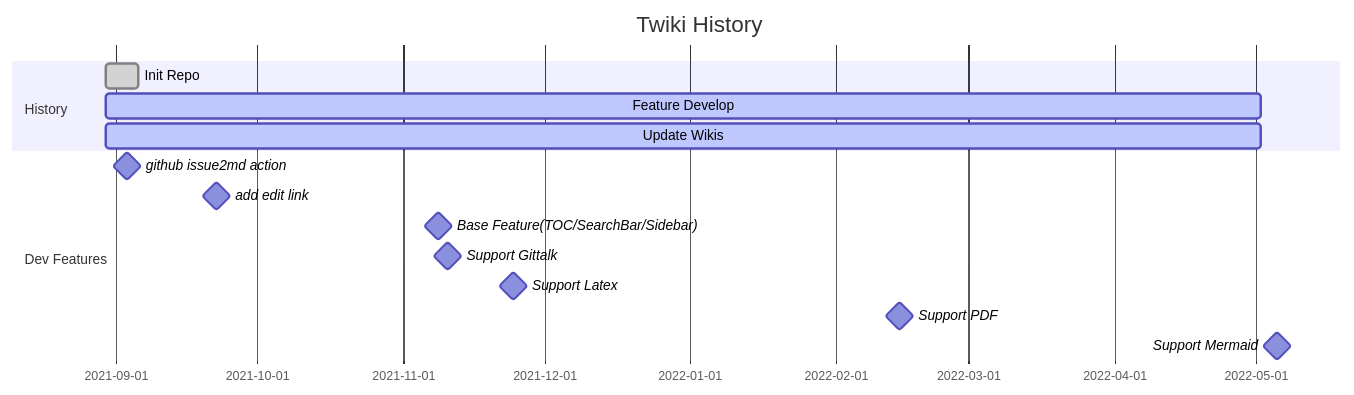
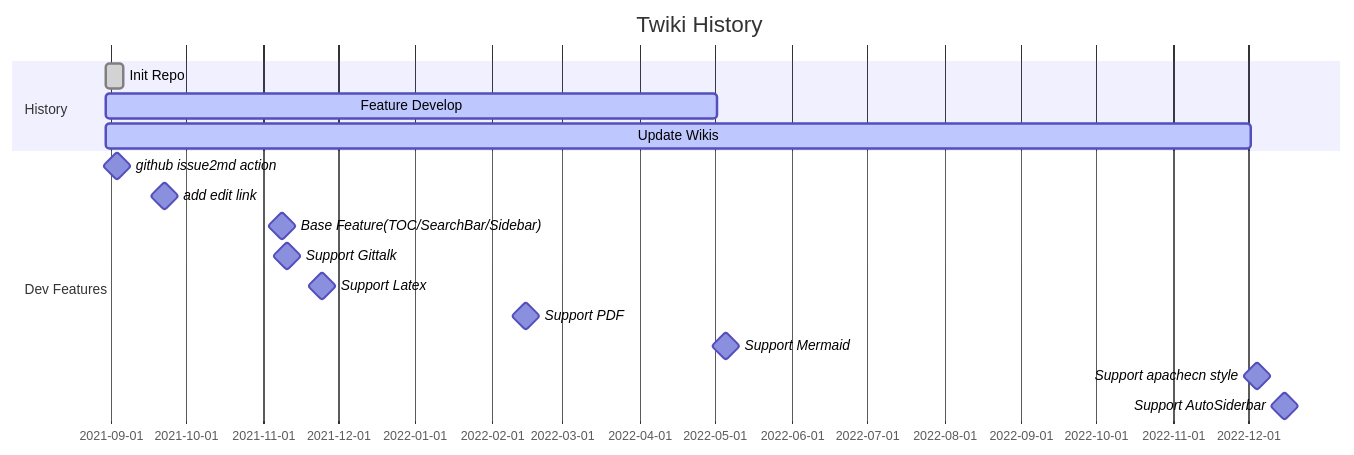
Before and after one commit to junxnone/twiki: the diagram in docs/Features_Mermaid.md, drawn with Mermaid. The commit also changed other lines of this file, not shown here.

````diff
--- a/docs/Features_Mermaid.md
+++ b/docs/Features_Mermaid.md
@@ -36,17 +38,20 @@
 ```mermaid
 gantt
     title Twiki History
     dateFormat  YYYY-MM-DD
     section History
     Init Repo           :done, 2021-08-30, 1w
     Feature Develop     :active, 2021-08-30, 2022-05-02
-    Update Wikis        :active, 2021-08-30, 2022-05-02
+    Update Wikis        :active, 2021-08-30, 2022-12-02
     section Dev Features
     github issue2md action :milestone, 2021-08-31, 1w
     add edit link       :milestone, 2021-09-19, 1w
     Base Feature(TOC/SearchBar/Sidebar) :milestone, 2021-11-05, 1w
     Support Gittalk     :milestone, 2021-11-07, 1w
     Support Latex       :milestone, 2021-11-21, 1w
     Support PDF         :milestone, 2022-02-11, 1w
     Support Mermaid     :milestone, 2022-05-02, 1w
+    Support apachecn style     :milestone, 2022-12-01, 1w
+    Support AutoSiderbar   :milestone, 2022-12-12, 1w
+
 ```
````
